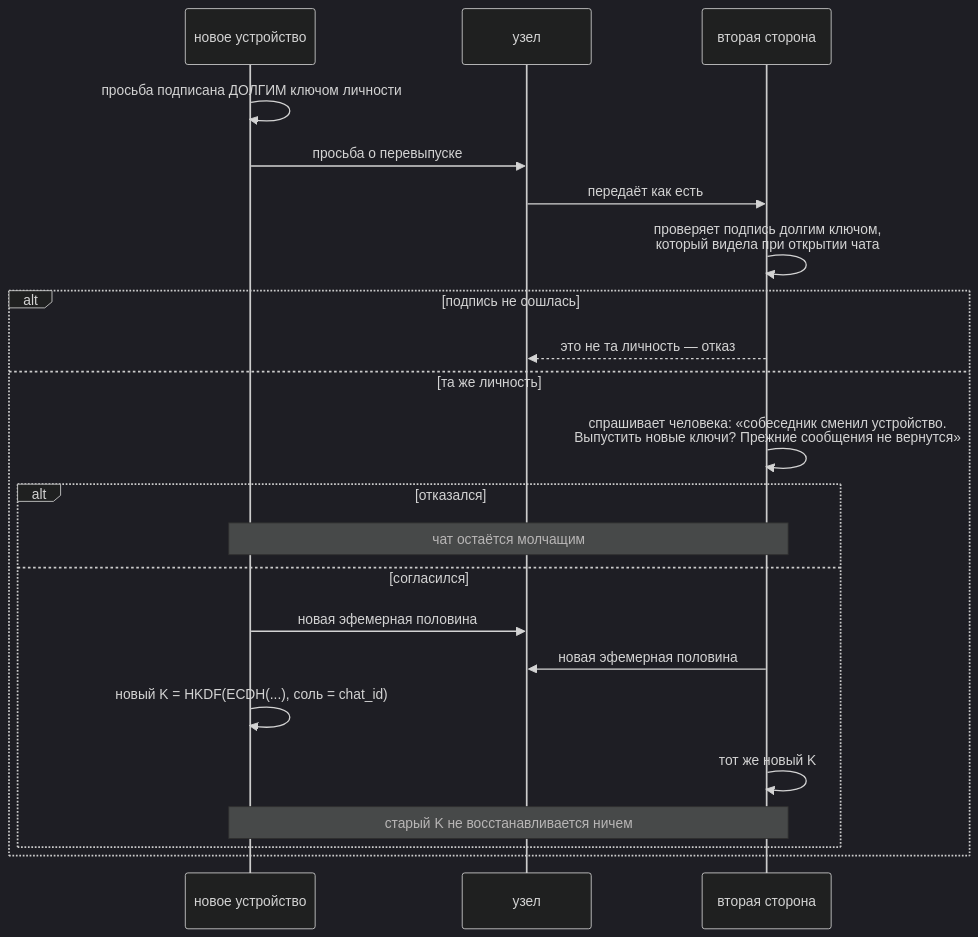
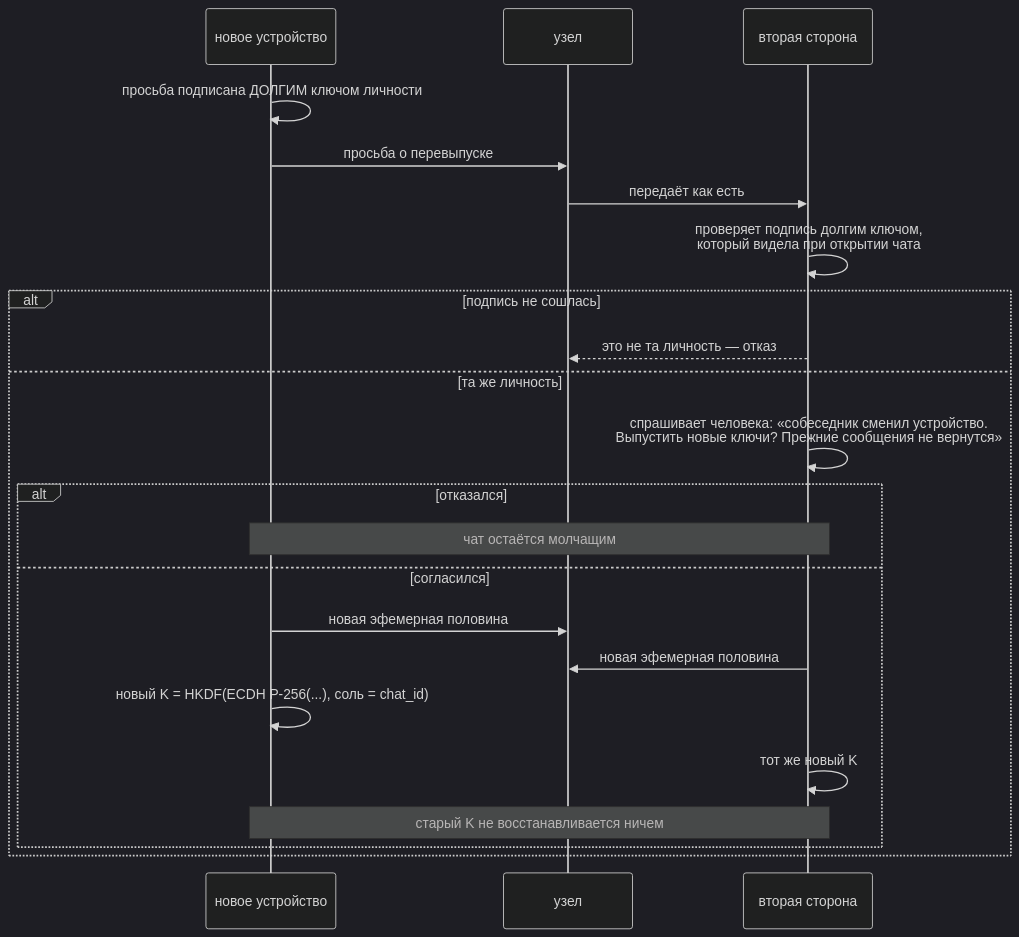
Before and after one commit to panov-id/xor.ad: diagram 14 of 26 in docs/chat-flows_RU.md, drawn with Mermaid (dark theme). The commit also changed other lines of this file and 7 other files, not shown here.

````diff
--- a/docs/chat-flows_RU.md
+++ b/docs/chat-flows_RU.md
@@ -460,24 +462,24 @@
 ```mermaid
 sequenceDiagram
   participant A as новое устройство
   participant N as узел
   participant B as вторая сторона
   A->>A: просьба подписана ДОЛГИМ ключом личности
   A->>N: просьба о перевыпуске
   N->>B: передаёт как есть
   B->>B: проверяет подпись долгим ключом,<br/>который видела при открытии чата
   alt подпись не сошлась
     B-->>N: это не та личность — отказ
   else та же личность
     B->>B: спрашивает человека: «собеседник сменил устройство.<br/>Выпустить новые ключи? Прежние сообщения не вернутся»
     alt отказался
       Note over A,B: чат остаётся молчащим
     else согласился
       A->>N: новая эфемерная половина
       B->>N: новая эфемерная половина
-      A->>A: новый K = HKDF#40;ECDH#40;...#41;, соль = chat_id#41;
+      A->>A: новый K = HKDF#40;ECDH P-256#40;...#41;, соль = chat_id#41;
       B->>B: тот же новый K
       Note over A,B: старый K не восстанавливается ничем
     end
   end
 ```
````
